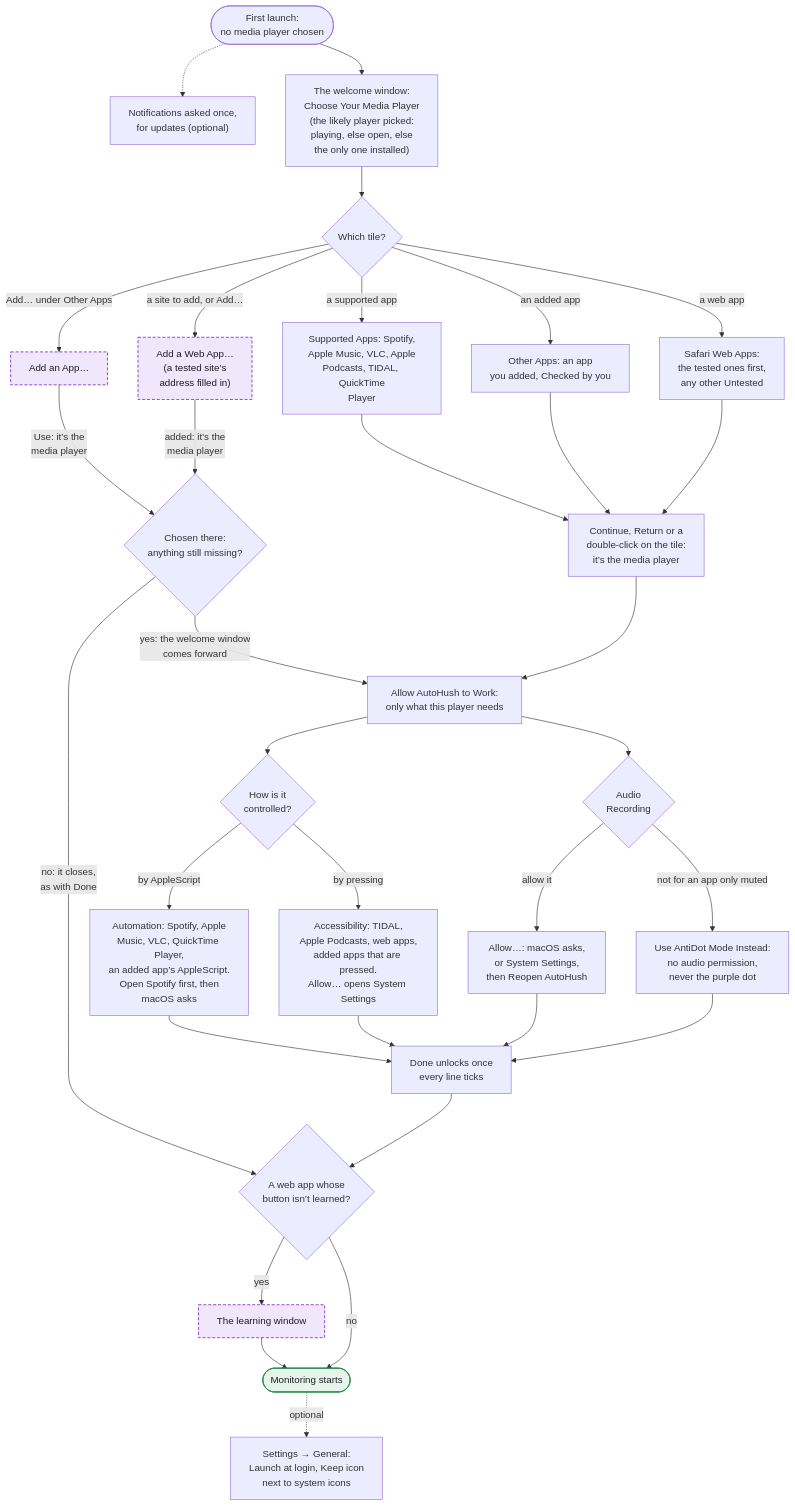
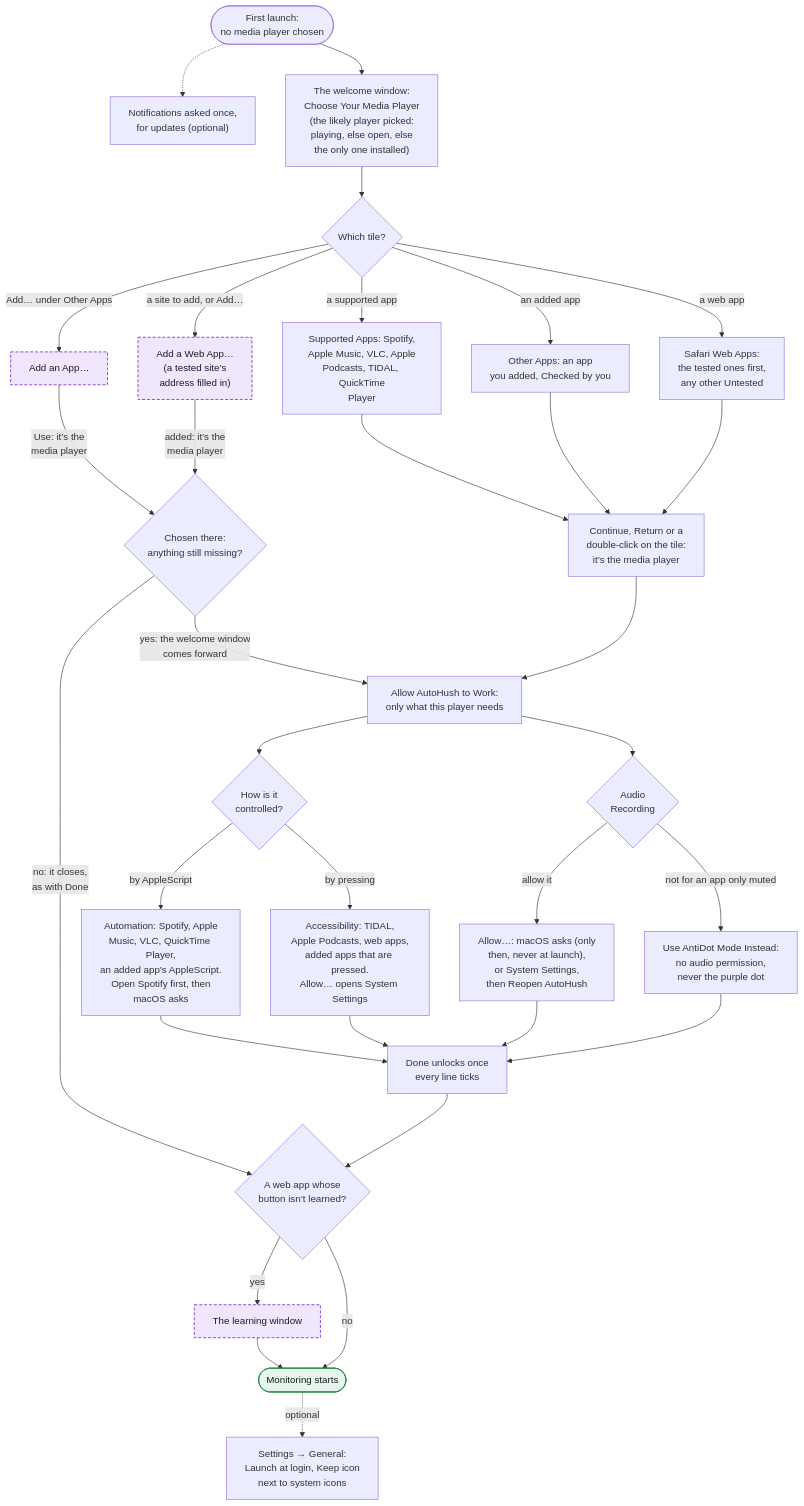
The second of 14 diagrams in WORKFLOWS.md (hfustercabre/AutoHush), drawn with Mermaid before and after one commit. The commit also changed 15 other files, not shown here.

First line of the commit message:
fix: Audio Recording is asked for only by its Allow…, and no early "Allowed"

````diff
--- a/WORKFLOWS.md
+++ b/WORKFLOWS.md
@@ -79,59 +79,59 @@
 ```mermaid
 flowchart TD
   A(["First launch:<br/>no media player chosen"])
   NT["Notifications asked once,<br/>for updates (optional)"]
   W["The welcome window:<br/>Choose Your Media Player<br/>(the likely player picked:<br/>playing, else open, else<br/>the only one installed)"]
   K{"Which tile?"}
   SUP["Supported Apps: Spotify,<br/>Apple Music, VLC, Apple<br/>Podcasts, TIDAL, QuickTime<br/>Player"]
   OTH["Other Apps: an app<br/>you added, Checked by you"]
   WEB["Safari Web Apps:<br/>the tested ones first,<br/>any other Untested"]
   ADDAPP["Add an App…"]
   ADDWEB["Add a Web App…<br/>(a tested site’s<br/>address filled in)"]
   CONT["Continue, Return or a<br/>double-click on the tile:<br/>it’s the media player"]
   PERM["Allow AutoHush to Work:<br/>only what this player needs"]
   CTRL{"How is it<br/>controlled?"}
   AUT["Automation: Spotify, Apple<br/>Music, VLC, QuickTime Player,<br/>an added app’s AppleScript.<br/>Open Spotify first, then<br/>macOS asks"]
   ACC["Accessibility: TIDAL,<br/>Apple Podcasts, web apps,<br/>added apps that are pressed.<br/>Allow… opens System Settings"]
   AUD{"Audio<br/>Recording"}
-  ALW["Allow…: macOS asks,<br/>or System Settings,<br/>then Reopen AutoHush"]
+  ALW["Allow…: macOS asks (only<br/>then, never at launch),<br/>or System Settings,<br/>then Reopen AutoHush"]
   ANT["Use AntiDot Mode Instead:<br/>no audio permission,<br/>never the purple dot"]
   DONE["Done unlocks once<br/>every line ticks"]
   LRN{"A web app whose<br/>button isn’t learned?"}
   LW["The learning window"]
   RUN(["Monitoring starts"])
   LOG["Settings → General:<br/>Launch at login, Keep icon<br/>next to system icons"]
   BACK{"Chosen there:<br/>anything still missing?"}
 
   A --> W
   A -.-> NT
   W --> K
   K -->|"a supported app"| SUP --> CONT
   K -->|"an added app"| OTH --> CONT
   K -->|"a web app"| WEB --> CONT
   K -->|"Add… under Other Apps"| ADDAPP
   K -->|"a site to add, or Add…"| ADDWEB
   ADDAPP -->|"Use: it’s the<br/>media player"| BACK
   ADDWEB -->|"added: it’s the<br/>media player"| BACK
   BACK -->|"yes: the welcome window<br/>comes forward"| PERM
   BACK -->|"no: it closes,<br/>as with Done"| LRN
   CONT --> PERM
   PERM --> CTRL
   PERM --> AUD
   CTRL -->|"by AppleScript"| AUT
   CTRL -->|"by pressing"| ACC
   AUD -->|"allow it"| ALW
   AUD -->|"not for an app only muted"| ANT
   AUT --> DONE
   ACC --> DONE
   ALW --> DONE
   ANT --> DONE
   DONE --> LRN
   LRN -->|"yes"| LW --> RUN
   LRN -->|"no"| RUN
   RUN -.->|"optional"| LOG
 
   class ADDAPP,ADDWEB,LW ref
   class RUN done
   classDef ref fill:#f1e7fc,stroke:#8a3fd1,stroke-width:1.5px,stroke-dasharray: 5 3,color:#1d1b22
   classDef done fill:#e6f5eb,stroke:#2f8a50,stroke-width:1.5px,color:#1d1b22
 ```
````
